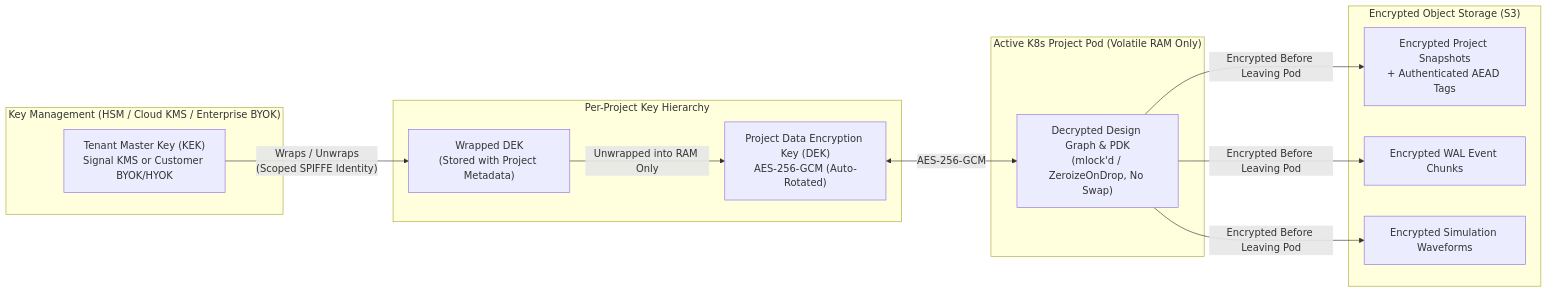
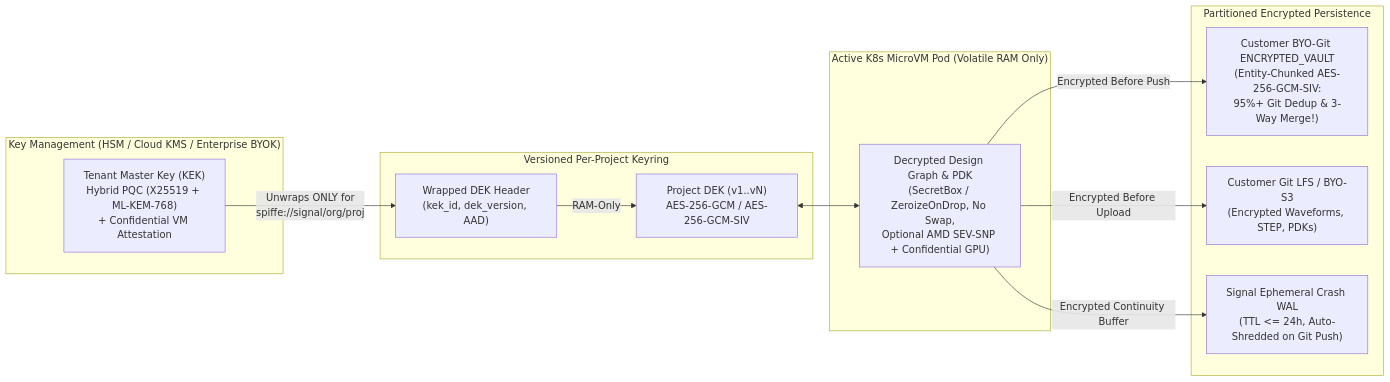
Before and after one commit to the-code-master/signal: the first of 2 diagrams in architecture/07-security-encryption-dlp-and-sftp.md, drawn with Mermaid. The commit also changed other lines of this file and 22 other files, not shown here.

Commit message:
docs: resolve 112 architectural flaws, add 12 futuristic AI-EDA innovations, and complete 2-pass scrub

````diff
--- a/architecture/07-security-encryption-dlp-and-sftp.md
+++ b/architecture/07-security-encryption-dlp-and-sftp.md
@@ -22,28 +22,28 @@
 ```mermaid
 flowchart LR
     subgraph KMSLayer["Key Management (HSM / Cloud KMS / Enterprise BYOK)"]
-        RootKEK["Tenant Master Key (KEK)\nSignal KMS or Customer BYOK/HYOK"]
+        RootKEK["Tenant Master Key (KEK)\nHybrid PQC (X25519 + ML-KEM-768)\n+ Confidential VM Attestation"]
     end
 
-    subgraph ProjectCrypto["Per-Project Key Hierarchy"]
-        DEK["Project Data Encryption Key (DEK)\nAES-256-GCM (Auto-Rotated)"]
-        WrappedDEK["Wrapped DEK\n(Stored with Project Metadata)"]
+    subgraph ProjectCrypto["Versioned Per-Project Keyring"]
+        DEK["Project DEK (v1..vN)\nAES-256-GCM / AES-256-GCM-SIV"]
+        WrappedDEK["Wrapped DEK Header\n(kek_id, dek_version, AAD)"]
     end
 
-    subgraph PodMem["Active K8s Project Pod (Volatile RAM Only)"]
-        Plain["Decrypted Design Graph & PDK\n(mlock'd / ZeroizeOnDrop, No Swap)"]
+    subgraph PodMem["Active K8s MicroVM Pod (Volatile RAM Only)"]
+        Plain["Decrypted Design Graph & PDK\n(SecretBox / ZeroizeOnDrop, No Swap,\nOptional AMD SEV-SNP + Confidential GPU)"]
     end
 
-    subgraph Persist["Encrypted Object Storage (S3)"]
-        Snap["Encrypted Project Snapshots\n+ Authenticated AEAD Tags"]
-        WAL["Encrypted WAL Event Chunks"]
-        Waves["Encrypted Simulation Waveforms"]
+    subgraph Persist["Partitioned Encrypted Persistence"]
+        VaultGit["Customer BYO-Git ENCRYPTED_VAULT\n(Entity-Chunked AES-256-GCM-SIV:\n95%+ Git Dedup & 3-Way Merge!)"]
+        LFS["Customer Git LFS / BYO-S3\n(Encrypted Waveforms, STEP, PDKs)"]
+        WAL["Signal Ephemeral Crash WAL\n(TTL <= 24h, Auto-Shredded on Git Push)"]
     end
 
-    RootKEK -->|"Wraps / Unwraps\n(Scoped SPIFFE Identity)"| WrappedDEK
-    WrappedDEK -->|"Unwrapped into RAM Only"| DEK
-    DEK <-->|"AES-256-GCM"| Plain
-    Plain -->|"Encrypted Before Leaving Pod"| Snap
-    Plain -->|"Encrypted Before Leaving Pod"| WAL
-    Plain -->|"Encrypted Before Leaving Pod"| Waves
+    RootKEK -->|"Unwraps ONLY for\nspiffe://signal/org/proj"| WrappedDEK
+    WrappedDEK -->|"RAM-Only"| DEK
+    DEK <--> Plain
+    Plain -->|"Encrypted Before Push"| VaultGit
+    Plain -->|"Encrypted Before Upload"| LFS
+    Plain -->|"Encrypted Continuity Buffer"| WAL
 ```
````
